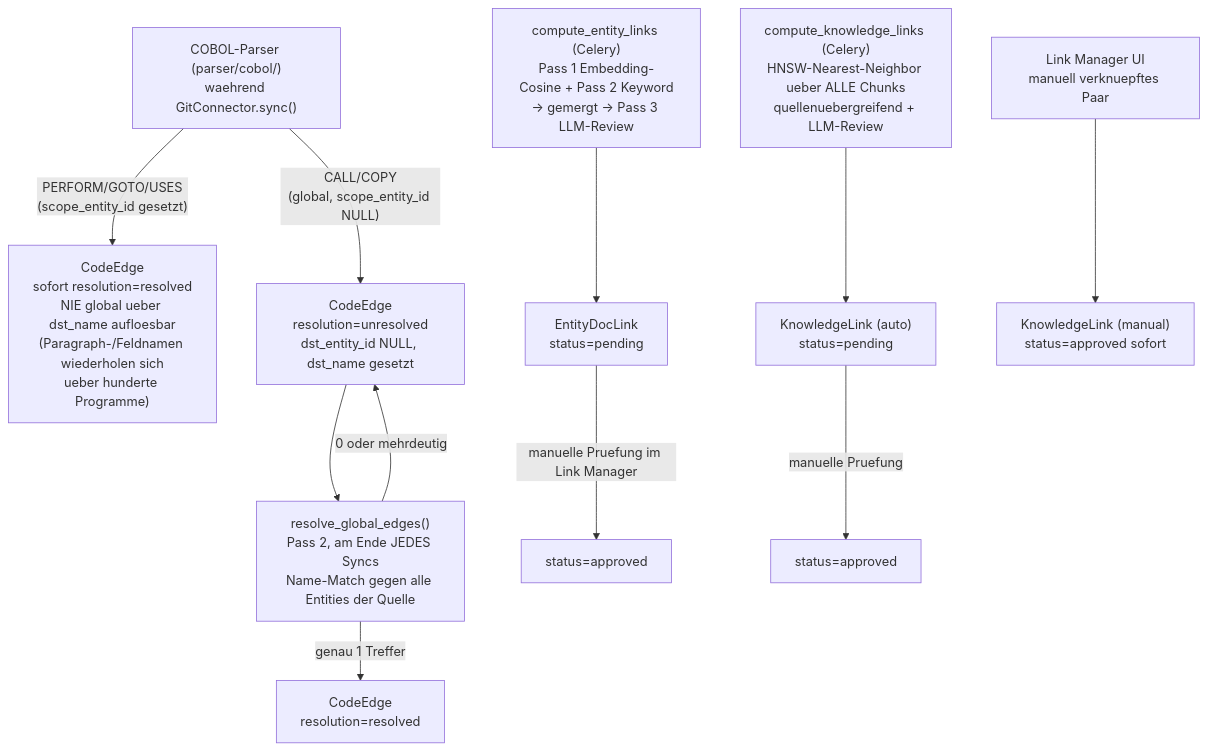
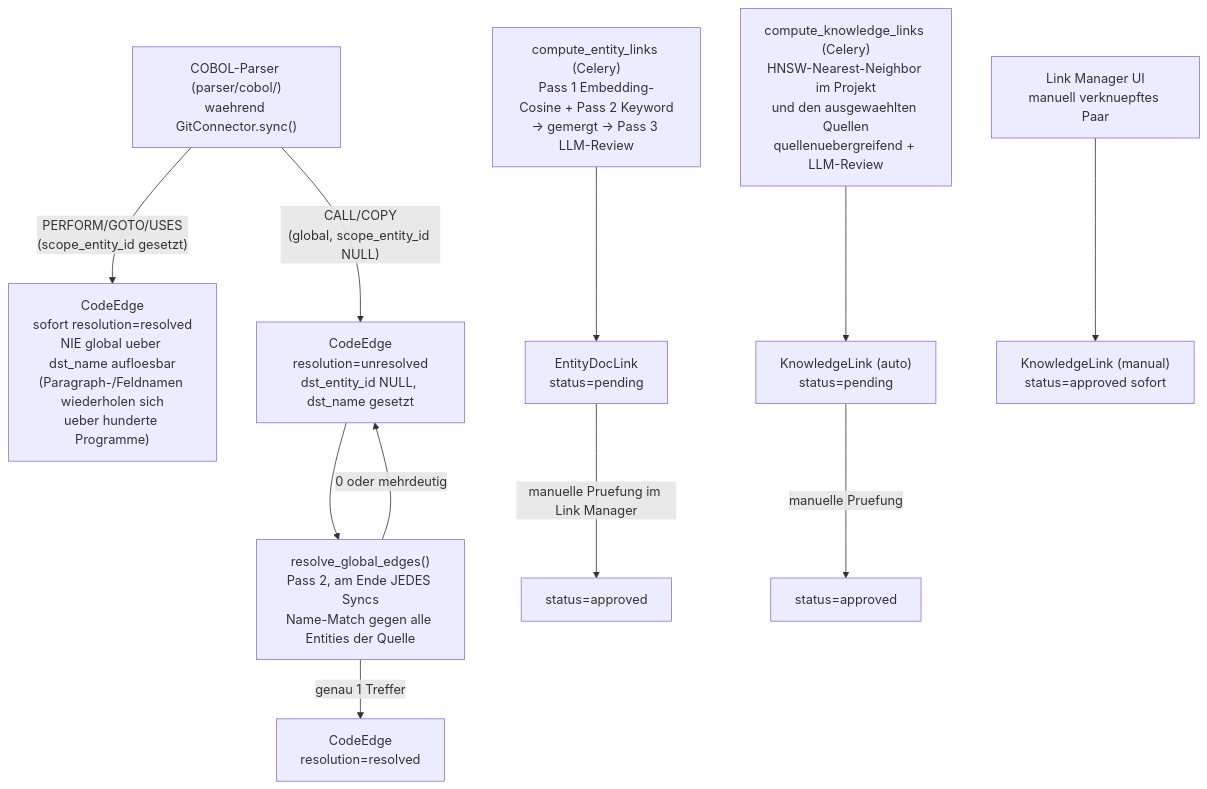
Before and after one commit to MaxDedecke/Doctwos: the second of 2 diagrams in docs/DATABASE_AND_GRAPH.md, drawn with Mermaid. The commit also changed other lines of this file and 15 other files, not shown here.

````diff
--- a/docs/DATABASE_AND_GRAPH.md
+++ b/docs/DATABASE_AND_GRAPH.md
@@ -155,18 +155,18 @@
 ```mermaid
 flowchart TD
     Parse["COBOL-Parser (parser/cobol/)<br/>waehrend GitConnector.sync()"]
     Parse -->|"PERFORM/GOTO/USES<br/>(scope_entity_id gesetzt)"| LocalEdge["CodeEdge<br/>sofort resolution=resolved<br/>NIE global ueber dst_name aufloesbar<br/>(Paragraph-/Feldnamen wiederholen sich<br/>ueber hunderte Programme)"]
     Parse -->|"CALL/COPY<br/>(global, scope_entity_id NULL)"| GlobalRaw["CodeEdge<br/>resolution=unresolved<br/>dst_entity_id NULL, dst_name gesetzt"]
     GlobalRaw --> Pass2["resolve_global_edges()<br/>Pass 2, am Ende JEDES Syncs<br/>Name-Match gegen alle Entities der Quelle"]
     Pass2 -->|genau 1 Treffer| GlobalResolved["CodeEdge<br/>resolution=resolved"]
     Pass2 -->|0 oder mehrdeutig| GlobalRaw
 
     LinkBuilder["compute_entity_links (Celery)<br/>Pass 1 Embedding-Cosine + Pass 2 Keyword<br/>-> gemergt -> Pass 3 LLM-Review"]
     LinkBuilder --> EDL["EntityDocLink<br/>status=pending"]
     EDL -->|manuelle Pruefung im Link Manager| EDLApproved["status=approved"]
 
-    CrossLink["compute_knowledge_links (Celery)<br/>HNSW-Nearest-Neighbor ueber ALLE Chunks<br/>quellenuebergreifend + LLM-Review"]
+    CrossLink["compute_knowledge_links (Celery)<br/>HNSW-Nearest-Neighbor im Projekt<br/>und den ausgewaehlten Quellen<br/>quellenuebergreifend + LLM-Review"]
     CrossLink --> KLAuto["KnowledgeLink (auto)<br/>status=pending"]
     KLAuto -->|manuelle Pruefung| KLApproved["status=approved"]
     ManualUI["Link Manager UI<br/>manuell verknuepftes Paar"] --> KLManual["KnowledgeLink (manual)<br/>status=approved sofort"]
 ```
````
